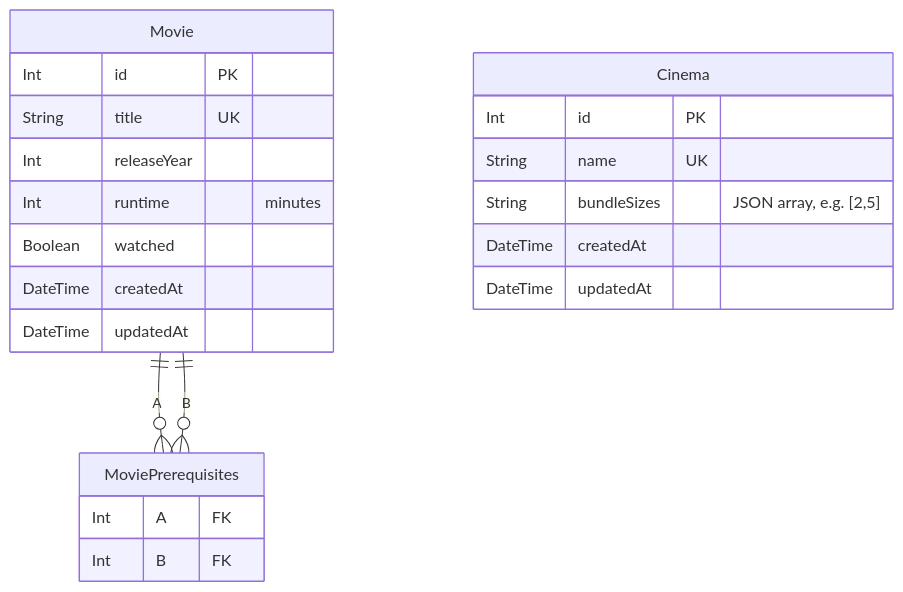
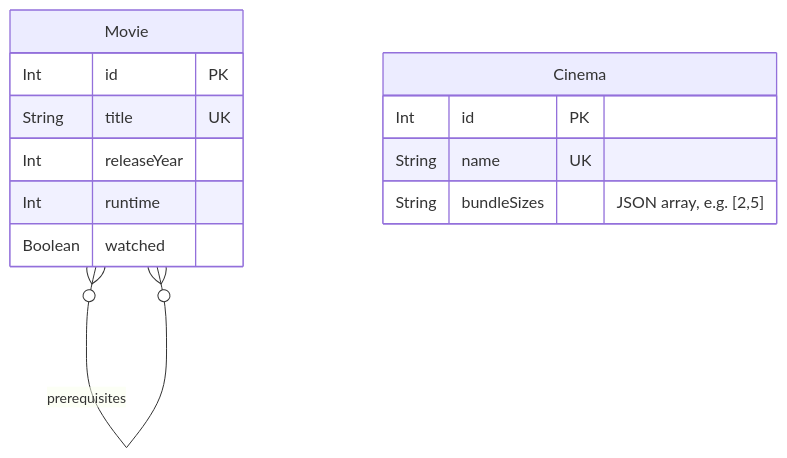
One commit to rocketom24/doomsday-ready changed the diagram in README.md. Above: the diagram before and after it, drawn with Mermaid. The commit also changed other lines of this file, not shown here.

````diff
--- a/README.md
+++ b/README.md
@@ -249,25 +58,16 @@
 ```mermaid
 erDiagram
     Movie {
         Int id PK
         String title UK
         Int releaseYear
-        Int runtime "minutes"
+        Int runtime
         Boolean watched
-        DateTime createdAt
-        DateTime updatedAt
-    }
-    MoviePrerequisites {
-        Int A FK
-        Int B FK
     }
     Cinema {
         Int id PK
         String name UK
         String bundleSizes "JSON array, e.g. [2,5]"
-        DateTime createdAt
-        DateTime updatedAt
     }
-    Movie ||--o{ MoviePrerequisites : "A"
-    Movie ||--o{ MoviePrerequisites : "B"
+    Movie }o--o{ Movie : "prerequisites"
 ```
````
